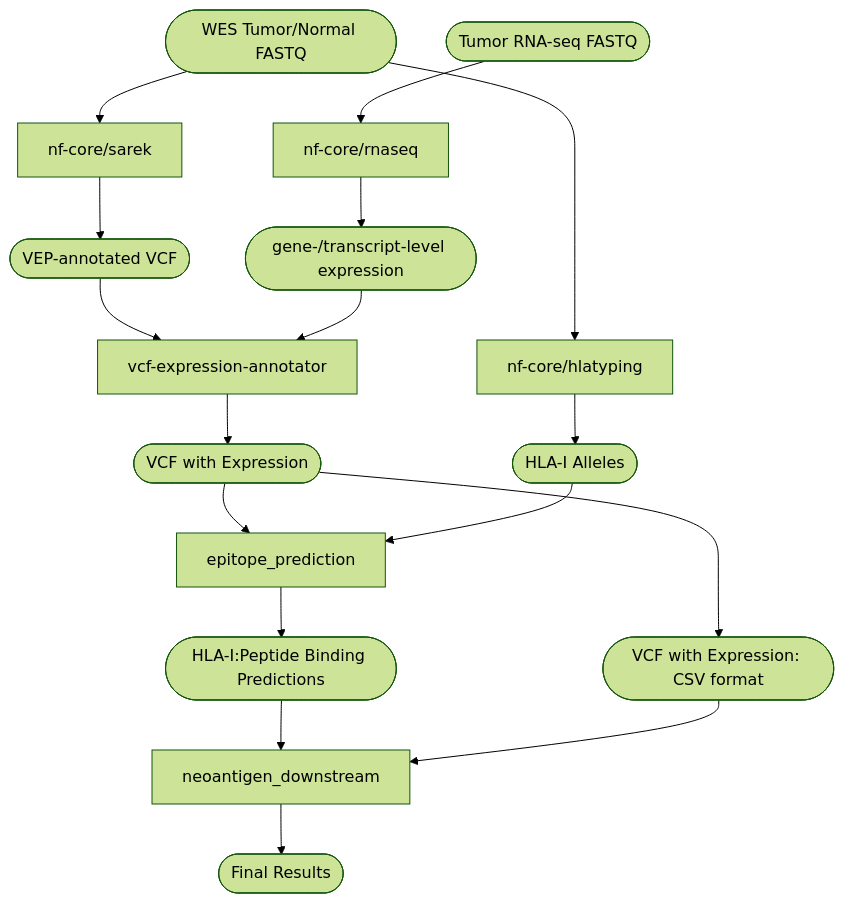
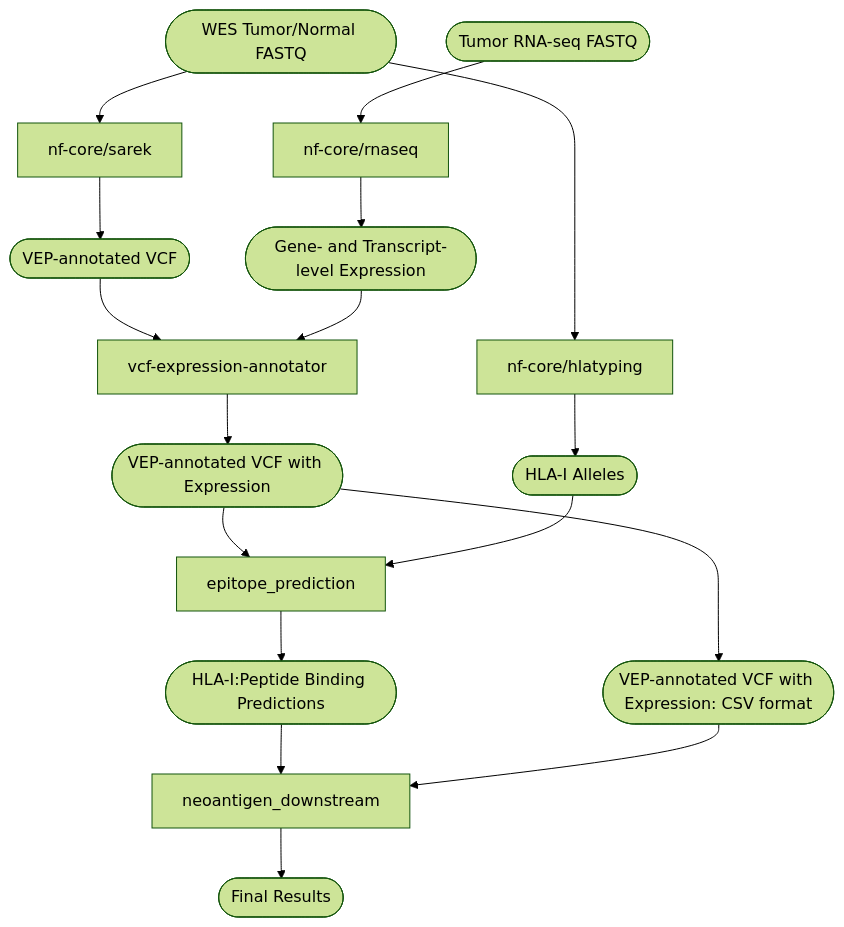
Before and after one commit to tylergross97/neoantigen_prediction_workflow: the diagram in README.md, drawn with Mermaid (forest theme).

Commit message:
Cleaned up descriptions of mermaid nodes

````diff
--- a/README.md
+++ b/README.md
@@ -27,19 +27,19 @@
 ```mermaid
 flowchart TD
     wes_fastq([WES Tumor/Normal FASTQ]) --> sarek[nf-core/sarek]
     sarek --> vep_vcf([VEP-annotated VCF])
     rnaseq_fastq([Tumor RNA-seq FASTQ]) --> rnaseq[nf-core/rnaseq]
     vep_vcf --> expr_annotator[vcf-expression-annotator]
-    rnaseq --> gtx([gene-/transcript-level expression])
+    rnaseq --> gtx([Gene- and Transcript-level Expression])
     gtx --> expr_annotator
-    expr_annotator --> expr_vcf([VCF with Expression])
+    expr_annotator --> expr_vcf([VEP-annotated VCF with Expression])
     wes_fastq --> hlatyping[nf-core/hlatyping]
     hlatyping --> hla_alleles([HLA-I Alleles])
     expr_vcf --> epipred[epitope_prediction]
-    expr_vcf --> expr_vcf_csv([VCF with Expression: CSV format])
+    expr_vcf --> expr_vcf_csv([VEP-annotated VCF with Expression: CSV format])
     hla_alleles --> epipred
     epipred --> hla_pep([HLA-I:Peptide Binding Predictions])
     hla_pep --> downstream[neoantigen_downstream]
     expr_vcf_csv --> downstream
     downstream --> final([Final Results])
 ```
````
